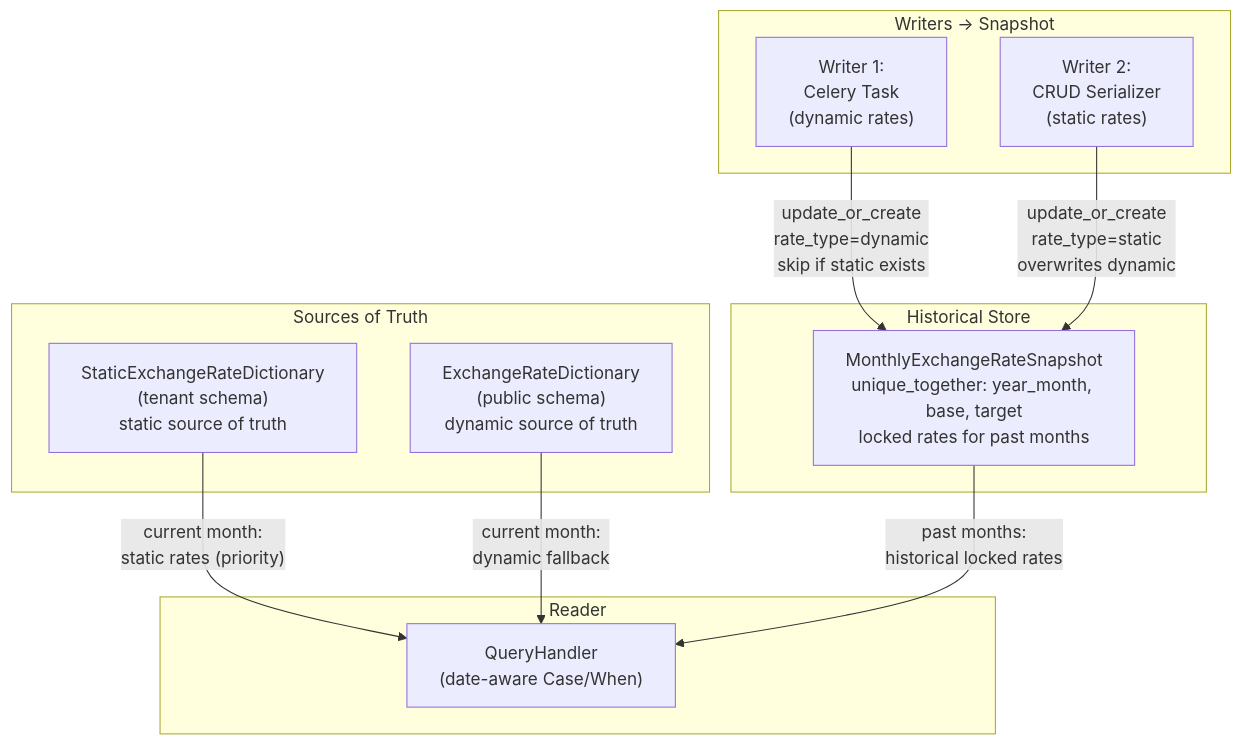
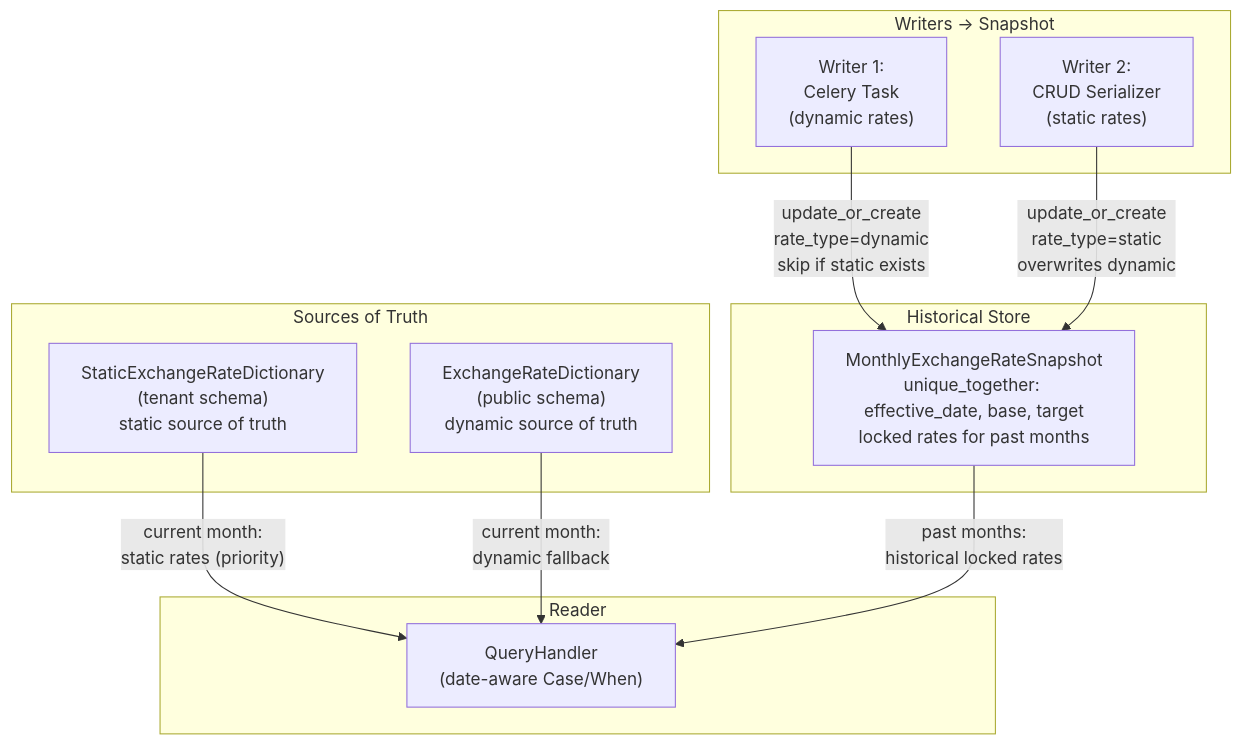
Before and after one commit to project-koku/koku: the second of 2 diagrams in docs/architecture/constant-currency/pipeline-changes.md, drawn with Mermaid. The commit also changed other lines of this file and 3 other files, not shown here.

First line of the commit message:
COST-7252: Replace year_month CharField with effective_date DateField

````diff
--- a/docs/architecture/constant-currency/pipeline-changes.md
+++ b/docs/architecture/constant-currency/pipeline-changes.md
@@ -92,22 +92,22 @@
 ```mermaid
 graph TD
     subgraph "Sources of Truth"
         SERD["StaticExchangeRateDictionary<br/>(tenant schema)<br/>static source of truth"]
         ERD["ExchangeRateDictionary<br/>(public schema)<br/>dynamic source of truth"]
     end
     subgraph "Writers → Snapshot"
         W1["Writer 1:<br/>Celery Task<br/>(dynamic rates)"]
         W2["Writer 2:<br/>CRUD Serializer<br/>(static rates)"]
     end
     subgraph "Historical Store"
-        SNAP["MonthlyExchangeRateSnapshot<br/>unique_together: year_month, base, target<br/>locked rates for past months"]
+        SNAP["MonthlyExchangeRateSnapshot<br/>unique_together: effective_date, base, target<br/>locked rates for past months"]
     end
     subgraph "Reader"
         QH["QueryHandler<br/>(date-aware Case/When)"]
     end
     W1 -->|"update_or_create<br/>rate_type=dynamic<br/>skip if static exists"| SNAP
     W2 -->|"update_or_create<br/>rate_type=static<br/>overwrites dynamic"| SNAP
     SERD -->|"current month:<br/>static rates (priority)"| QH
     ERD -->|"current month:<br/>dynamic fallback"| QH
     SNAP -->|"past months:<br/>historical locked rates"| QH
 ```
````
